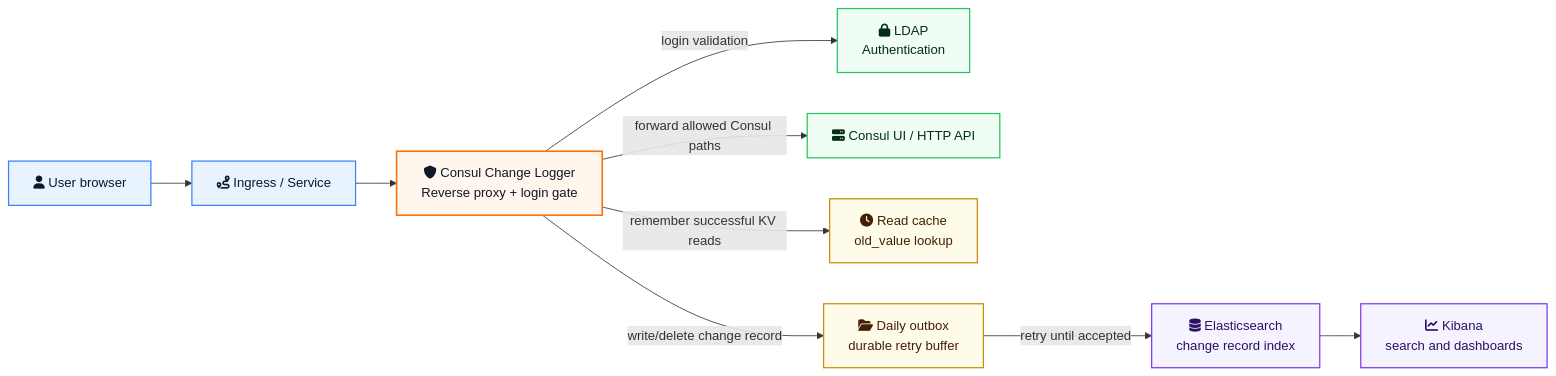
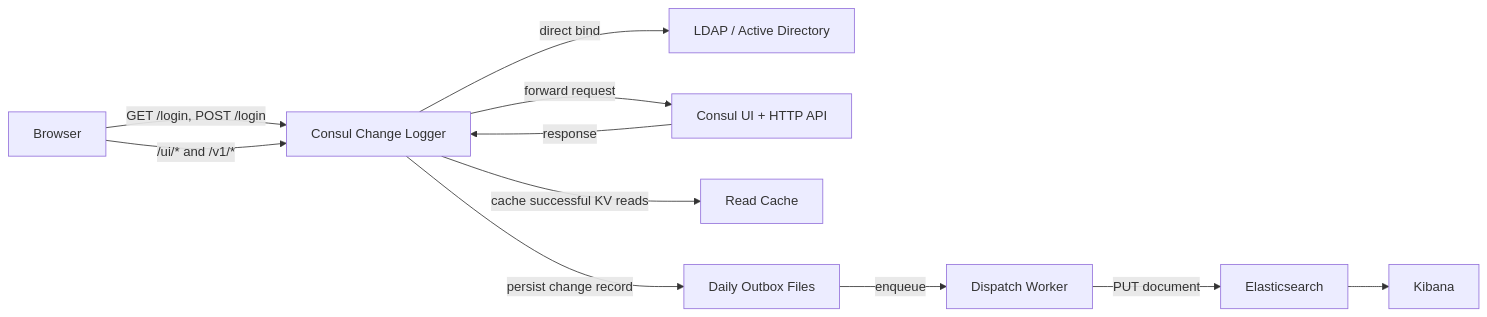
The diagram in README.md (sinanakyazici/ConsulChangeLogger), drawn with Mermaid before and after one commit. The commit also changed other lines of this file and 2 other files, not shown here.

Commit message:
Refresh README and architecture documentation

````diff
--- a/README.md
+++ b/README.md
@@ -14,33 +30,23 @@
 ```mermaid
 flowchart LR
-    user["fa:fa-user User browser"]
-    ingress["fa:fa-route Ingress / Service"]
-    proxy["fa:fa-shield Consul Change Logger<br/>Reverse proxy + login gate"]
-    ldap["fa:fa-lock LDAP<br/>Authentication"]
-    consul["fa:fa-server Consul UI / HTTP API"]
-    cache["fa:fa-clock Read cache<br/>old_value lookup"]
-    outbox["fa:fa-folder-open Daily outbox<br/>durable retry buffer"]
-    elastic["fa:fa-database Elasticsearch<br/>change record index"]
-    kibana["fa:fa-chart-line Kibana<br/>search and dashboards"]
+    browser["Browser"]
+    proxy["Consul Change Logger"]
+    ldap["LDAP / Active Directory"]
+    consul["Consul UI + HTTP API"]
+    cache["Read Cache"]
+    outbox["Daily Outbox Files"]
+    worker["Dispatch Worker"]
+    elastic["Elasticsearch"]
+    kibana["Kibana"]
 
-    user --> ingress --> proxy
-    proxy -->|login validation| ldap
-    proxy -->|forward allowed Consul paths| consul
-    proxy -->|remember successful KV reads| cache
-    proxy -->|write/delete change record| outbox
-    outbox -->|retry until accepted| elastic
+    browser -->|GET /login, POST /login| proxy
+    proxy -->|direct bind| ldap
+    browser -->|/ui/* and /v1/*| proxy
+    proxy -->|forward request| consul
+    consul -->|response| proxy
+    proxy -->|cache successful KV reads| cache
+    proxy -->|persist change record| outbox
+    outbox -->|enqueue| worker
+    worker -->|PUT document| elastic
     elastic --> kibana
-
-    classDef userNode fill:#E8F3FF,stroke:#3B82F6,color:#0F172A,stroke-width:1.5px
-    classDef proxyNode fill:#FFF7ED,stroke:#F97316,color:#111827,stroke-width:2px
-    classDef authNode fill:#F0FDF4,stroke:#22C55E,color:#052E16,stroke-width:1.5px
-    classDef dataNode fill:#FDF2F8,stroke:#DB2777,color:#500724,stroke-width:1.5px
-    classDef storageNode fill:#FEFCE8,stroke:#CA8A04,color:#422006,stroke-width:1.5px
-    classDef observeNode fill:#F5F3FF,stroke:#7C3AED,color:#2E1065,stroke-width:1.5px
-
-    class user,ingress userNode
-    class proxy proxyNode
-    class ldap,consul authNode
-    class cache,outbox storageNode
-    class elastic,kibana observeNode
 ```
````
